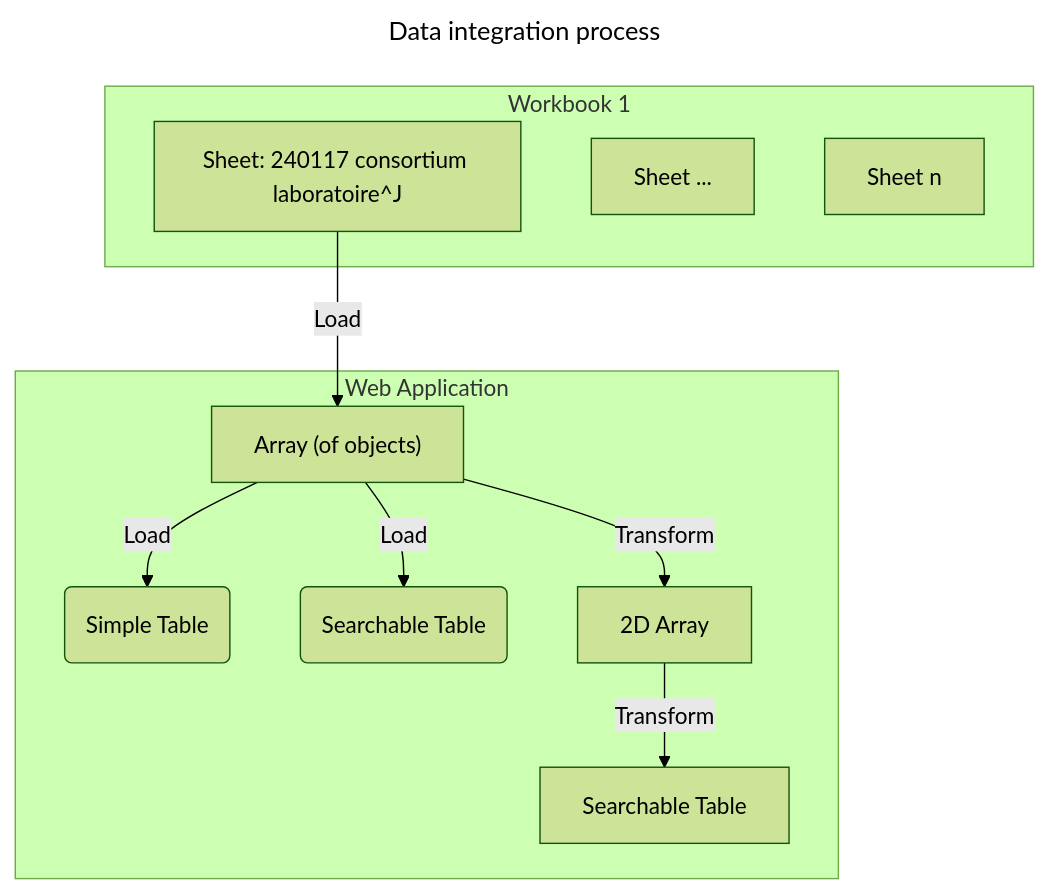
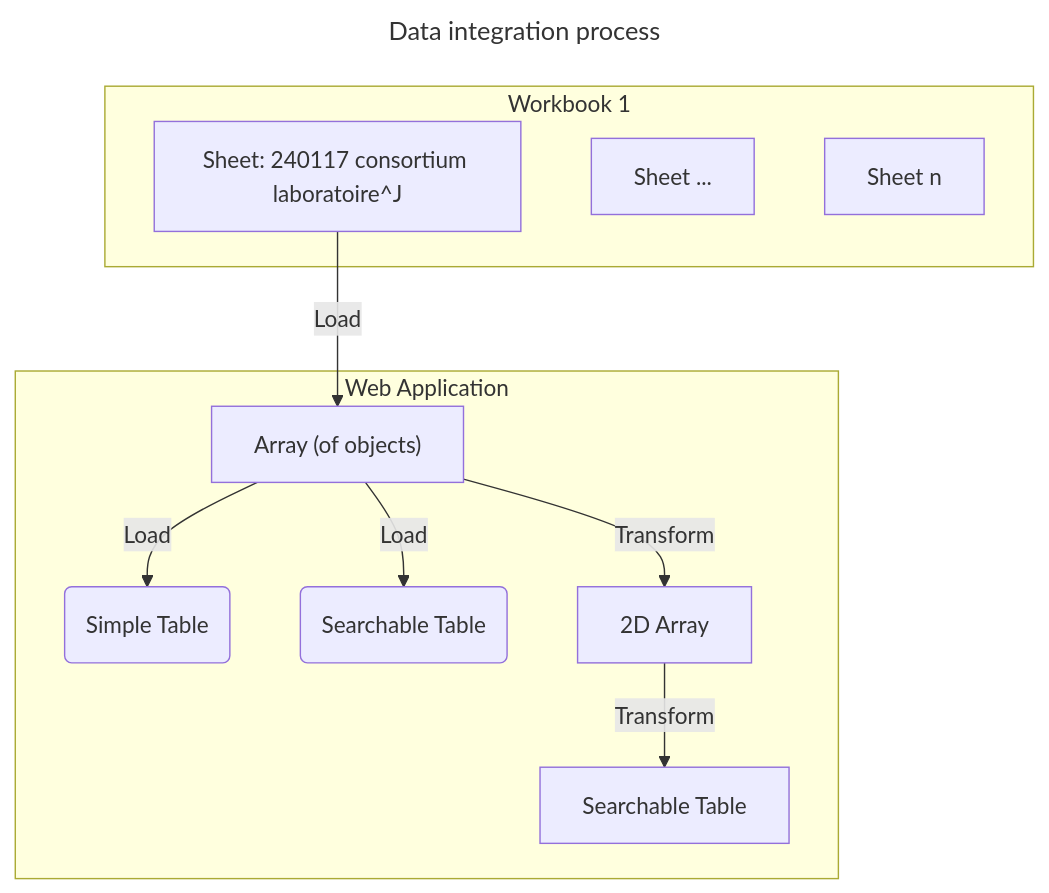
Before and after one commit to VCityTeam/PEPR-VDBI: the diagram in data-visualization/src/test-excel-import.md, drawn with Mermaid. The commit also changed 8 other files, not shown here.

Commit message:
update diagrams

````diff
--- a/data-visualization/src/test-excel-import.md
+++ b/data-visualization/src/test-excel-import.md
@@ -19,20 +19,20 @@
 ```mermaid
 ---
 title: Data integration process
 config:
-  theme: forest
+  theme: default
 ---
 flowchart TD
     subgraph "Workbook 1"
         AA[Sheet: 240117 consortium laboratoire^J]
         AB[Sheet ...]
         AC[Sheet n]
     end
     AA -->|Load| C
     subgraph Web Application
         C["Array (of objects)"] -->|Load| D(Simple Table)
         C -->|Load| E(Searchable Table)
         C -->|Transform| F[2D Array]
         F -->|Transform| G[Searchable Table]
     end
 ```
````
